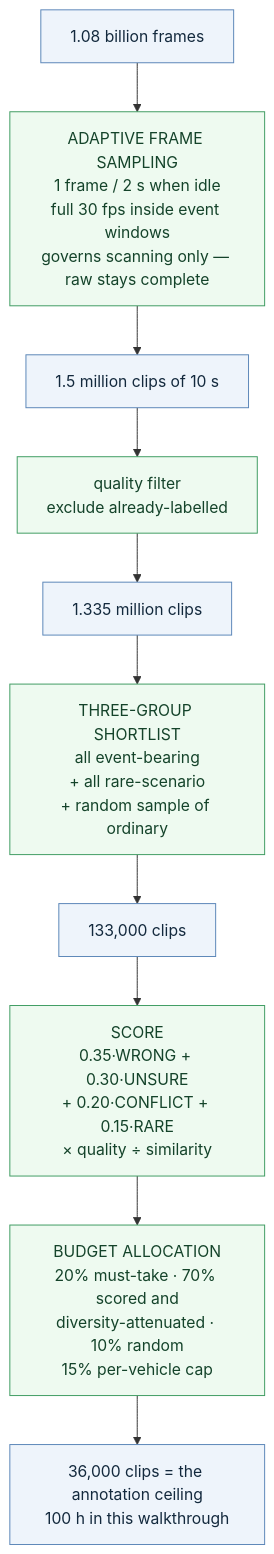
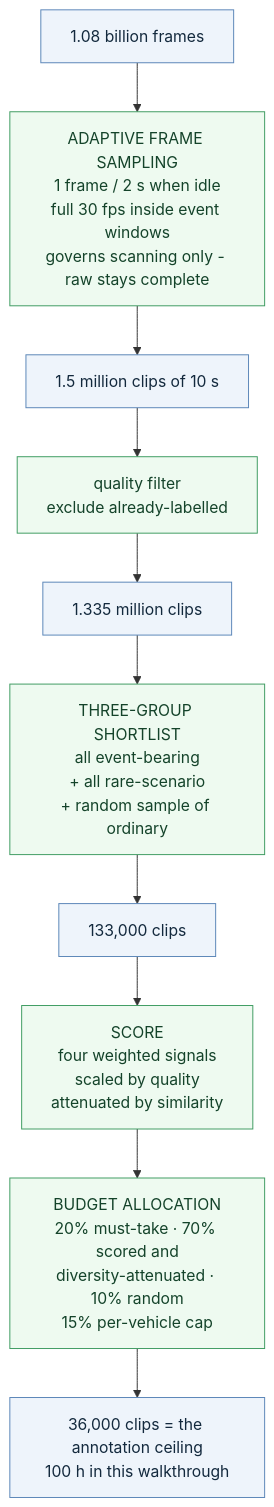
Before and after one commit to nakshatravyas/zensomy-data-flywheel: the fourth of 8 diagrams in .site/docs/technical-design.md, drawn with Mermaid. The commit also changed other lines of this file and 9 other files, not shown here.

````diff
--- a/.site/docs/technical-design.md
+++ b/.site/docs/technical-design.md
@@ -193,20 +189,20 @@
 ```mermaid
 graph TB
     F["1.08 billion frames"]
-    FS["ADAPTIVE FRAME SAMPLING<br/>1 frame / 2 s when idle<br/>full 30 fps inside event windows<br/>governs scanning only — raw stays complete"]
+    FS["ADAPTIVE FRAME SAMPLING<br/>1 frame / 2 s when idle<br/>full 30 fps inside event windows<br/>governs scanning only - raw stays complete"]
     C1["1.5 million clips of 10 s"]
     QF["quality filter<br/>exclude already-labelled"]
     C2["1.335 million clips"]
     SL["THREE-GROUP SHORTLIST<br/>all event-bearing<br/>+ all rare-scenario<br/>+ random sample of ordinary"]
     C3["133,000 clips"]
-    SC["SCORE<br/>0.35·WRONG + 0.30·UNSURE<br/>+ 0.20·CONFLICT + 0.15·RARE<br/>× quality ÷ similarity"]
+    SC["SCORE<br/>four weighted signals<br/>scaled by quality<br/>attenuated by similarity"]
     BU["BUDGET ALLOCATION<br/>20% must-take · 70% scored and<br/>diversity-attenuated · 10% random<br/>15% per-vehicle cap"]
     OUT["36,000 clips = the annotation ceiling<br/>100 h in this walkthrough"]
 
     F --> FS --> C1 --> QF --> C2 --> SL --> C3 --> SC --> BU --> OUT
 
     classDef step fill:#eefaf0,stroke:#3f9c62,color:#14432a
     classDef count fill:#eef4fb,stroke:#5b86b8,color:#13293d
     class FS,QF,SL,SC,BU step
     class F,C1,C2,C3,OUT count
 ```
````
